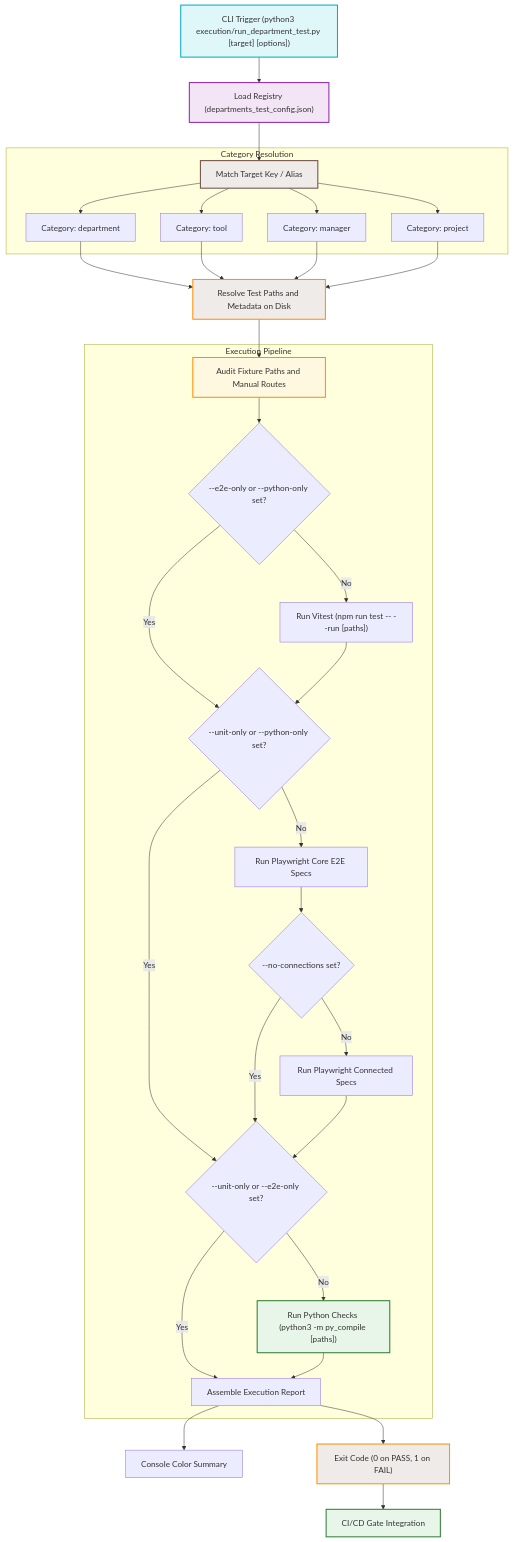
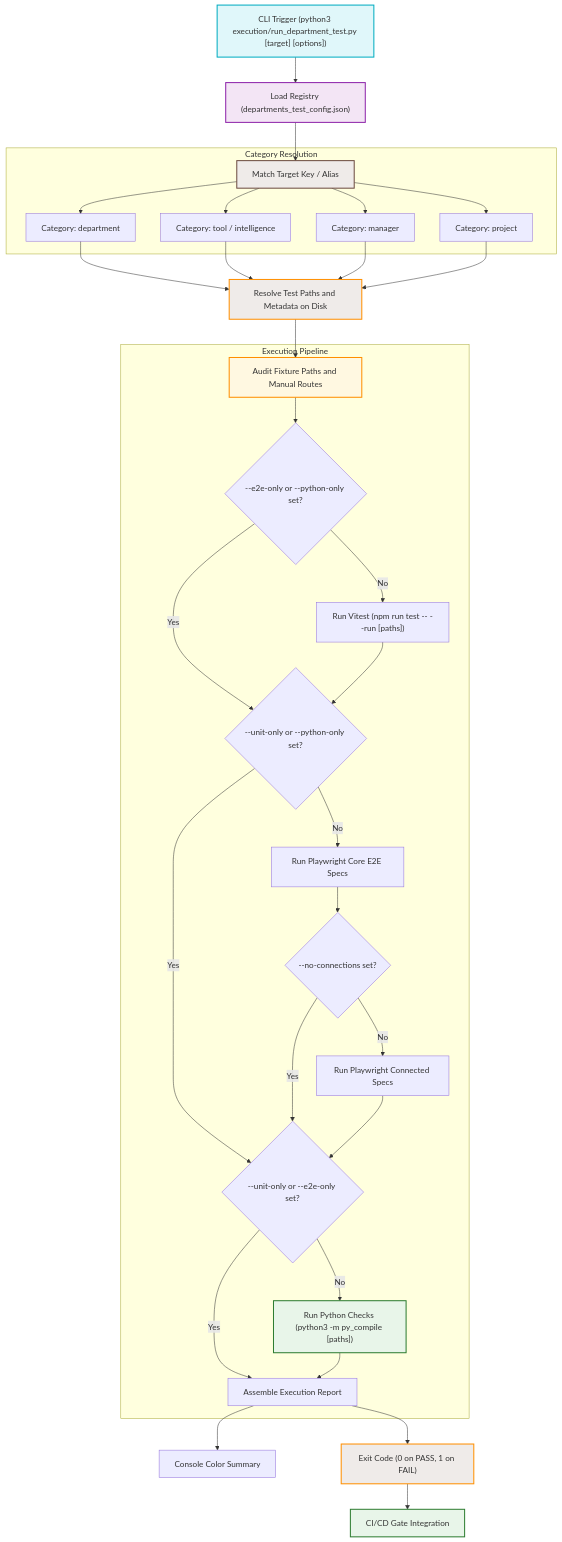
The diagram in docs/flowcharts/scoped-testing-architecture.md (indii-music-founder/indii-music-founder), drawn with Mermaid before and after one commit. The commit also changed other lines of this file and 40 other files, not shown here.

````diff
--- a/docs/flowcharts/scoped-testing-architecture.md
+++ b/docs/flowcharts/scoped-testing-architecture.md
@@ -7,46 +7,46 @@
 ```mermaid
 graph TD
     CLI["CLI Trigger (python3 execution/run_department_test.py [target] [options])"] --> RegistryLoad["Load Registry (departments_test_config.json)"]
     RegistryLoad --> MatchTarget["Match Target Key / Alias"]
     
     subgraph "Category Resolution"
         MatchTarget --> CatDept["Category: department"]
-        MatchTarget --> CatTool["Category: tool"]
+        MatchTarget --> CatTool["Category: tool / intelligence"]
         MatchTarget --> CatManager["Category: manager"]
         MatchTarget --> CatProject["Category: project"]
     end
 
     CatDept & CatTool & CatManager & CatProject --> ParsePaths["Resolve Test Paths and Metadata on Disk"]
     ParsePaths --> FixtureAudit["Audit Fixture Paths and Manual Routes"]
     
     subgraph "Execution Pipeline"
         FixtureAudit --> UnitGate{"--e2e-only or --python-only set?"}
         UnitGate -- No --> RunUnit["Run Vitest (npm run test -- --run [paths])"]
         UnitGate -- Yes --> E2EGate
         
         RunUnit --> E2EGate{"--unit-only or --python-only set?"}
         E2EGate -- No --> RunE2E["Run Playwright Core E2E Specs"]
         E2EGate -- Yes --> PythonGate
         
         RunE2E --> RunConnE2E{"--no-connections set?"}
         RunConnE2E -- No --> RunConnected["Run Playwright Connected Specs"]
         RunConnE2E -- Yes --> PythonGate
         RunConnected --> PythonGate{"--unit-only or --e2e-only set?"}
         PythonGate -- No --> RunPython["Run Python Checks (python3 -m py_compile [paths])"]
         PythonGate -- Yes --> ReportGen
         RunPython --> ReportGen["Assemble Execution Report"]
     end
     
     ReportGen --> ConsoleOutput["Console Color Summary"]
     ReportGen --> ExitStatus["Exit Code (0 on PASS, 1 on FAIL)"]
     ExitStatus --> CI["CI/CD Gate Integration"]
 
     style CLI fill:#e0f7fa,stroke:#00acc1,stroke-width:2px
     style RegistryLoad fill:#f3e5f5,stroke:#8e24aa,stroke-width:2px
     style MatchTarget fill:#efebe9,stroke:#6d4c41,stroke-width:2px
     style ParsePaths fill:#efebe9,stroke:#ff8f00,stroke-width:2px
     style FixtureAudit fill:#fff8e1,stroke:#ff8f00,stroke-width:2px
     style RunPython fill:#e8f5e9,stroke:#2e7d32,stroke-width:2px
     style ExitStatus fill:#efebe9,stroke:#ff8f00,stroke-width:2px
     style CI fill:#e8f5e9,stroke:#2e7d32,stroke-width:2px
 ```
````
